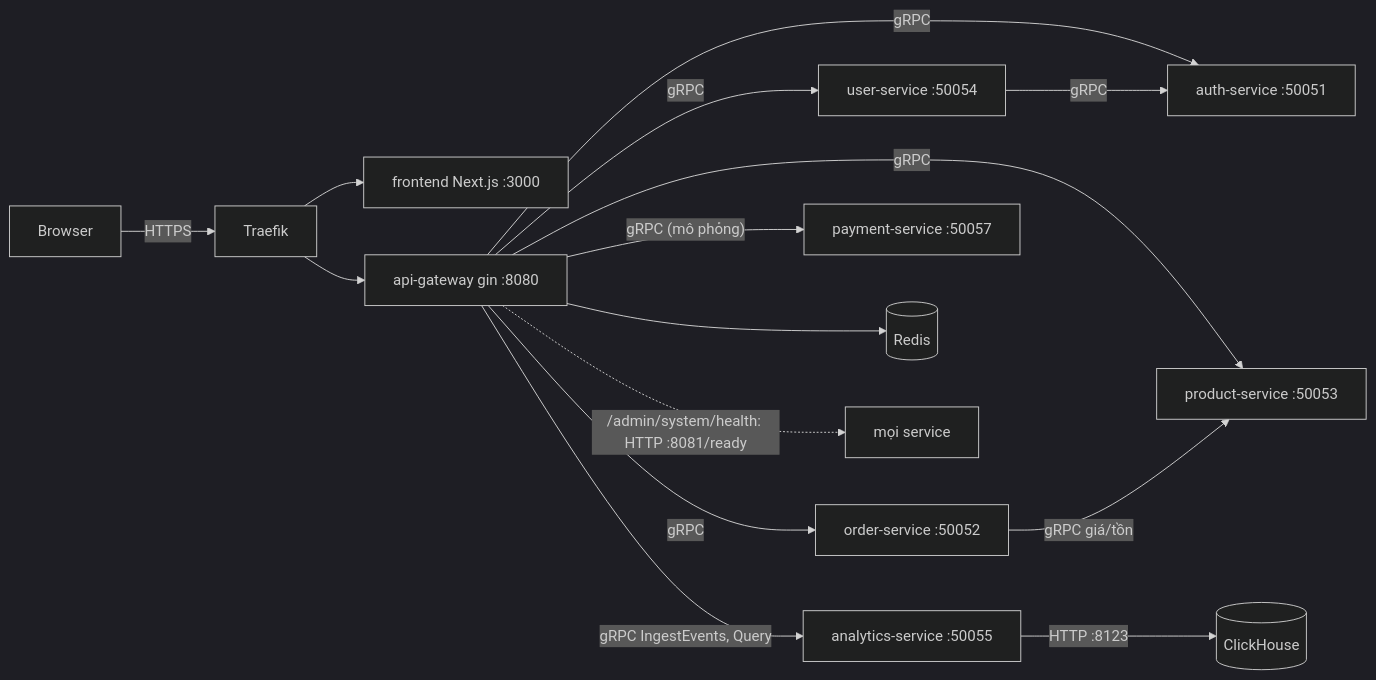
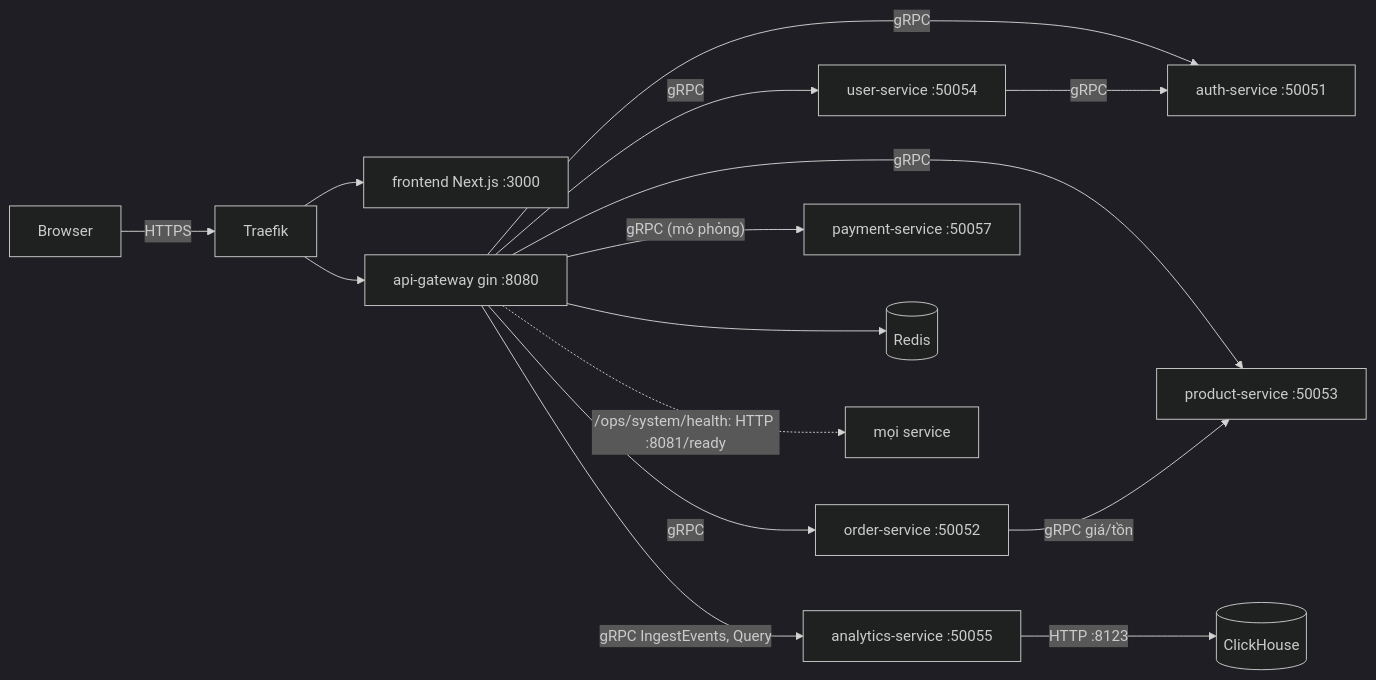
The first of 4 diagrams in docs/design/01_ARCHITECTURE.md (khoatran18/mini-marketplace), drawn with Mermaid (dark theme) before and after one commit. The commit also changed other lines of this file and 29 other files, not shown here.

Commit message:
docs: agent roadmap, ADR-43, API reference, status and open issues

````diff
--- a/docs/design/01_ARCHITECTURE.md
+++ b/docs/design/01_ARCHITECTURE.md
@@ -5,17 +5,17 @@
 ```mermaid
 flowchart LR
     B["Browser"] -->|HTTPS| T["Traefik"]
     T --> FE["frontend Next.js :3000"]
     T --> GW["api-gateway gin :8080"]
     GW -->|gRPC| AU["auth-service :50051"]
     GW -->|gRPC| OR["order-service :50052"]
     GW -->|gRPC| PR["product-service :50053"]
     GW -->|gRPC| US["user-service :50054"]
     GW -->|"gRPC IngestEvents, Query"| AN["analytics-service :50055"]
     GW -->|"gRPC (mô phỏng)"| PA["payment-service :50057"]
     OR -->|"gRPC giá/tồn"| PR
     US -->|gRPC| AU
     GW --> RD[("Redis")]
     AN -->|"HTTP :8123"| CH[("ClickHouse")]
-    GW -.->|"/admin/system/health: HTTP :8081/ready"| ALL["mọi service"]
+    GW -.->|"/ops/system/health: HTTP :8081/ready"| ALL["mọi service"]
 ```
````
